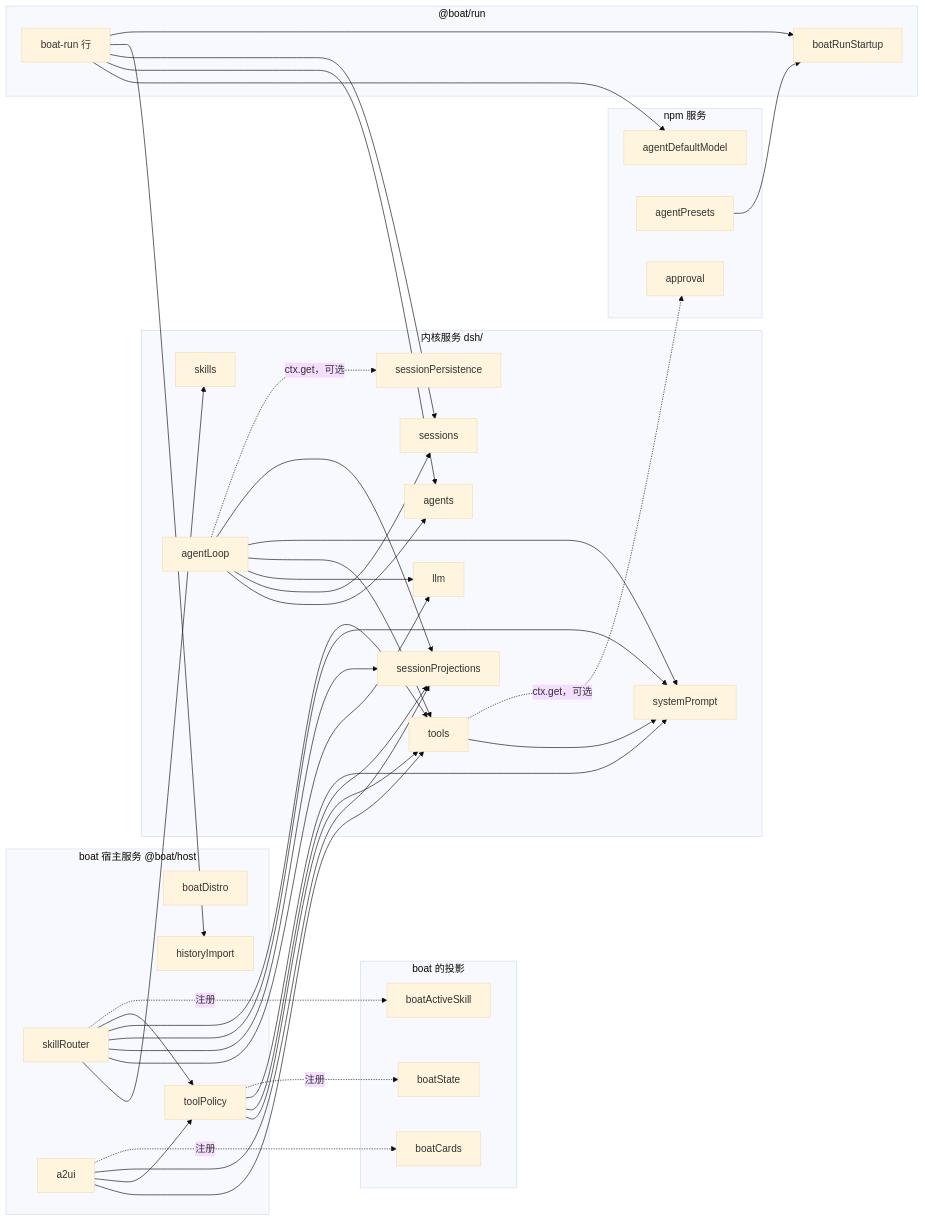
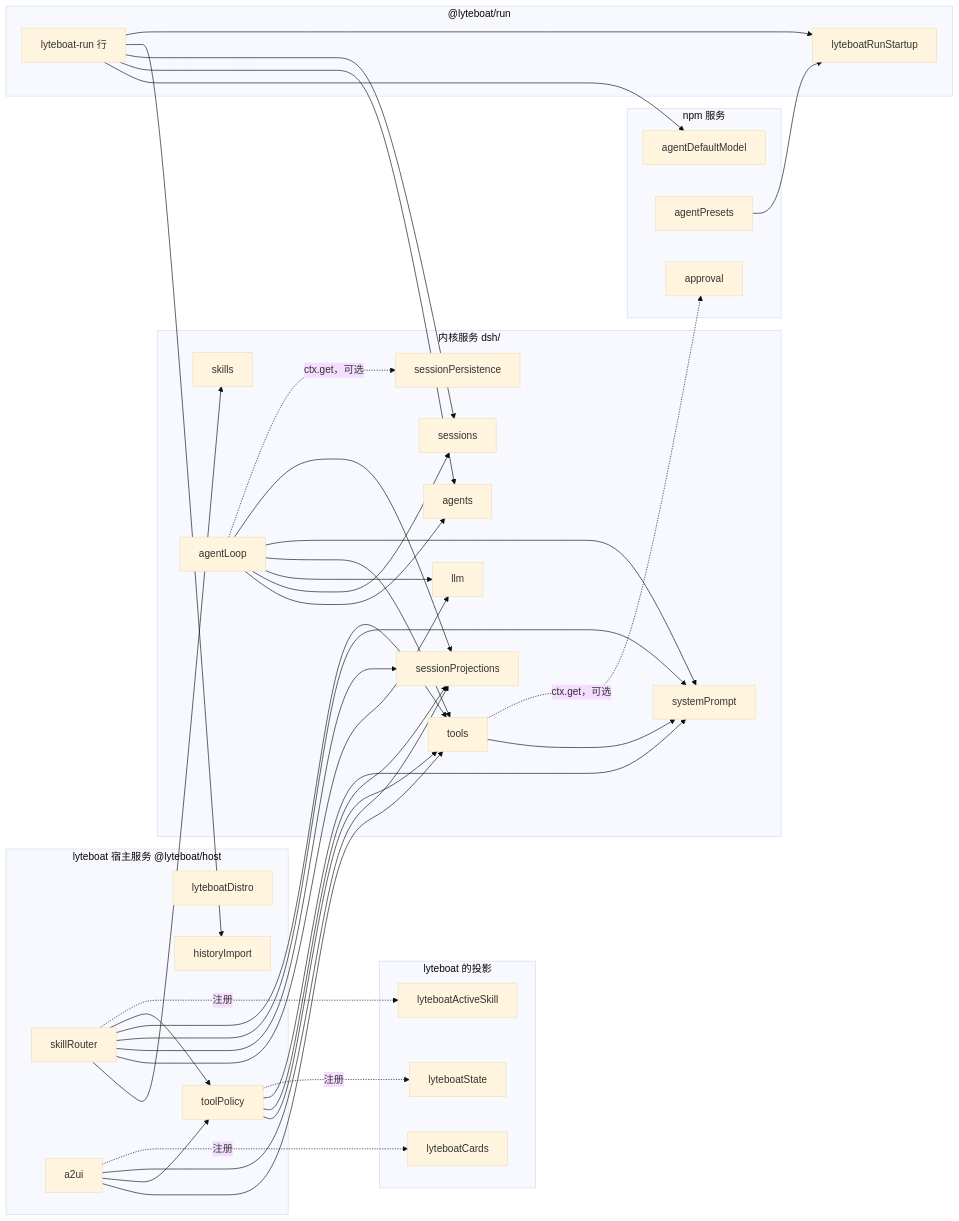
Before and after one commit to lyteboat/boat: the third of 11 diagrams in docs/01-architecture.md, drawn with Mermaid (base theme). The commit also changed other lines of this file and 316 other files, not shown here.

````diff
--- a/docs/01-architecture.md
+++ b/docs/01-architecture.md
@@ -149,47 +149,47 @@
 ```mermaid
 flowchart LR
   subgraph KS["内核服务 dsh/"]
     llm["llm"]
     tools["tools"]
     skills["skills"]
     sessions["sessions"]
     sp["systemPrompt"]
     proj["sessionProjections"]
     persist["sessionPersistence"]
     agentsS["agents"]
     loop["agentLoop"]
   end
   subgraph NS["npm 服务"]
     approval["approval"]
     presets["agentPresets"]
     dm["agentDefaultModel"]
   end
-  subgraph BS["boat 宿主服务 @boat/host"]
-    distro["boatDistro"]
+  subgraph BS["lyteboat 宿主服务 @lyteboat/host"]
+    distro["lyteboatDistro"]
     tp["toolPolicy"]
     sr["skillRouter"]
     a2ui["a2ui"]
     hi["historyImport"]
   end
-  subgraph RS["@boat/run"]
-    startup["boatRunStartup"]
-    runner["boat-run 行"]
+  subgraph RS["@lyteboat/run"]
+    startup["lyteboatRunStartup"]
+    runner["lyteboat-run 行"]
   end
-  subgraph PS["boat 的投影"]
-    pState["boatState"]
-    pCards["boatCards"]
-    pSkill["boatActiveSkill"]
+  subgraph PS["lyteboat 的投影"]
+    pState["lyteboatState"]
+    pCards["lyteboatCards"]
+    pSkill["lyteboatActiveSkill"]
   end
   loop --> agentsS & sessions & llm & tools & sp & proj
   tools --> sp
   tp --> tools & proj & sp
   sr --> skills & llm & proj & sp & tools & tp
   a2ui --> tools & tp & proj
   presets --> startup
   runner --> dm & agentsS & sessions & hi & startup
   tp -.->|"注册"| pState
   a2ui -.->|"注册"| pCards
   sr -.->|"注册"| pSkill
   tools -.->|"ctx.get，可选"| approval
   loop -.->|"ctx.get，可选"| persist
 ```
````
